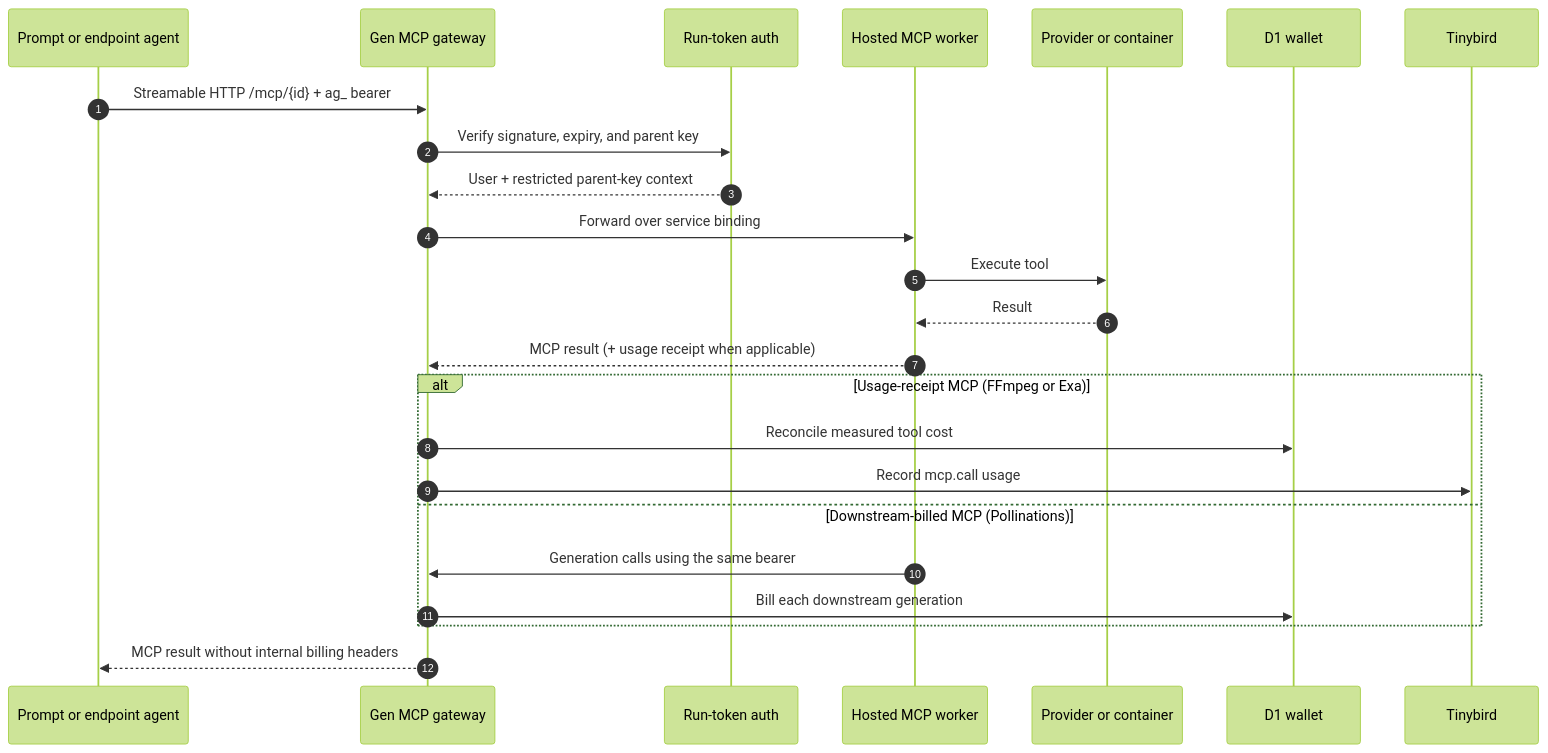
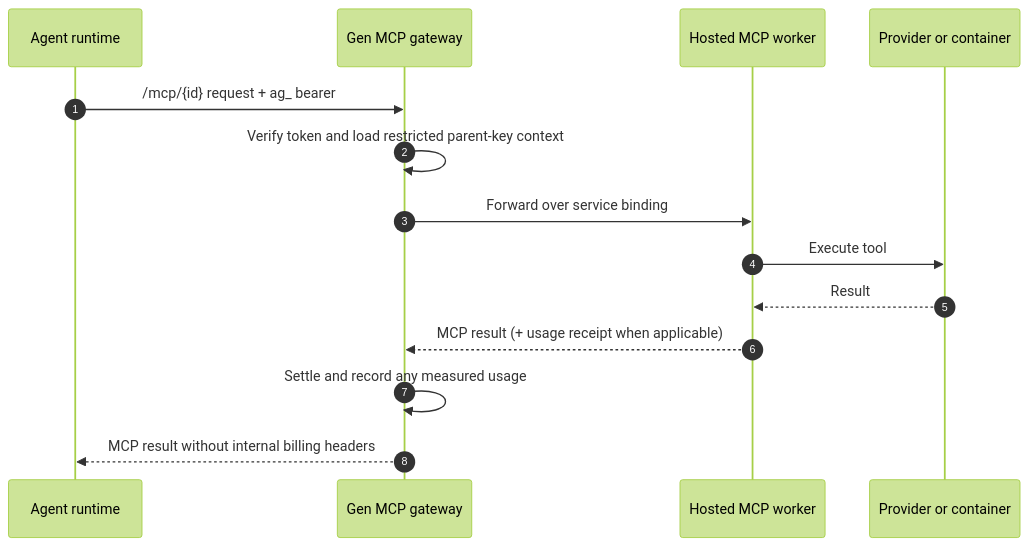
One commit to pollinations/pollinations changed the third of 4 diagrams in AGENTS_AND_MCP.md. Above: the diagram before and after it, drawn with Mermaid (forest theme). The commit also changed other lines of this file, not shown here.

Commit message:
docs: simplify agent architecture diagrams

````diff
--- a/AGENTS_AND_MCP.md
+++ b/AGENTS_AND_MCP.md
@@ -90,27 +103,17 @@
 ```mermaid
 sequenceDiagram
     autonumber
-    participant Agent as Prompt or endpoint agent
+    participant Runtime as Agent runtime
     participant Gen as Gen MCP gateway
-    participant Auth as Run-token auth
     participant MCP as Hosted MCP worker
     participant Tool as Provider or container
-    participant Wallet as D1 wallet
-    participant Events as Tinybird
 
-    Agent->>Gen: Streamable HTTP /mcp/{id} + ag_ bearer
-    Gen->>Auth: Verify signature, expiry, and parent key
-    Auth-->>Gen: User + restricted parent-key context
+    Runtime->>Gen: /mcp/{id} request + ag_ bearer
+    Gen->>Gen: Verify token and load restricted parent-key context
     Gen->>MCP: Forward over service binding
     MCP->>Tool: Execute tool
     Tool-->>MCP: Result
     MCP-->>Gen: MCP result (+ usage receipt when applicable)
-    alt Usage-receipt MCP (FFmpeg or Exa)
-        Gen->>Wallet: Reconcile measured tool cost
-        Gen->>Events: Record mcp.call usage
-    else Downstream-billed MCP (Pollinations)
-        MCP->>Gen: Generation calls using the same bearer
-        Gen->>Wallet: Bill each downstream generation
-    end
-    Gen-->>Agent: MCP result without internal billing headers
+    Gen->>Gen: Settle and record any measured usage
+    Gen-->>Runtime: MCP result without internal billing headers
 ```
````
